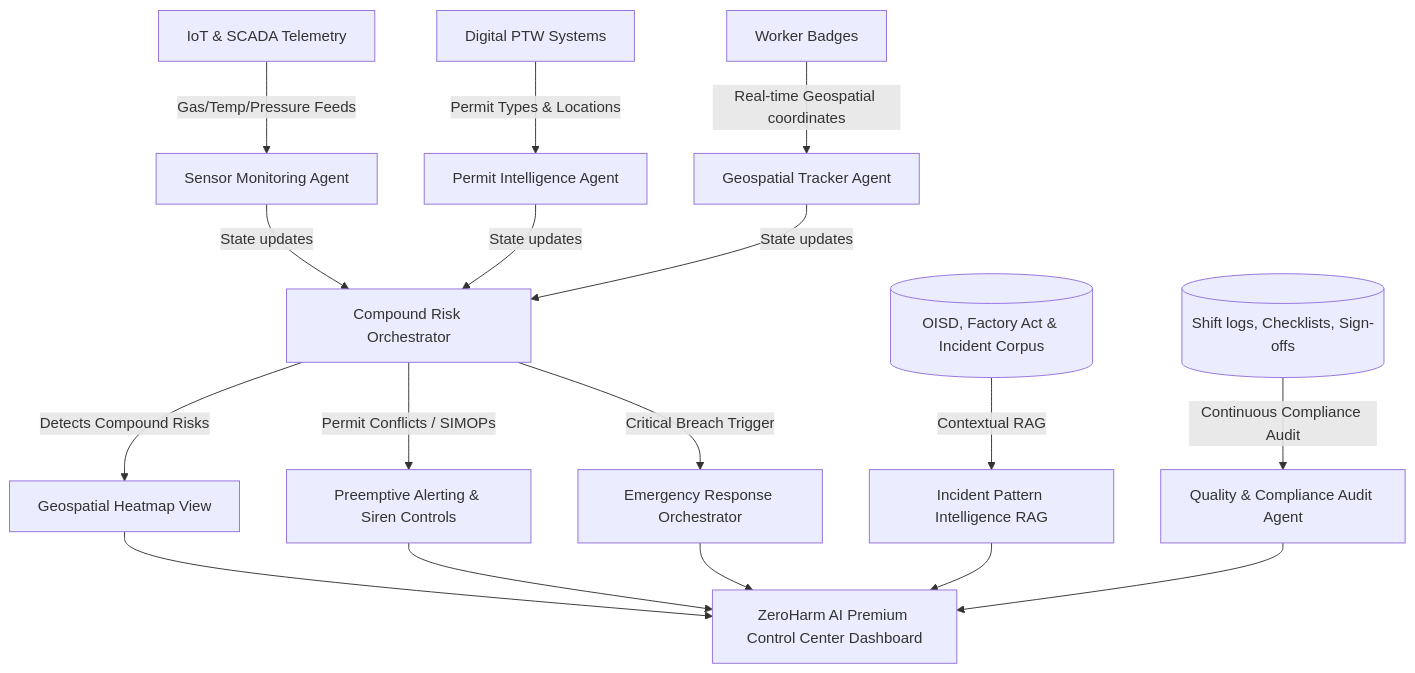
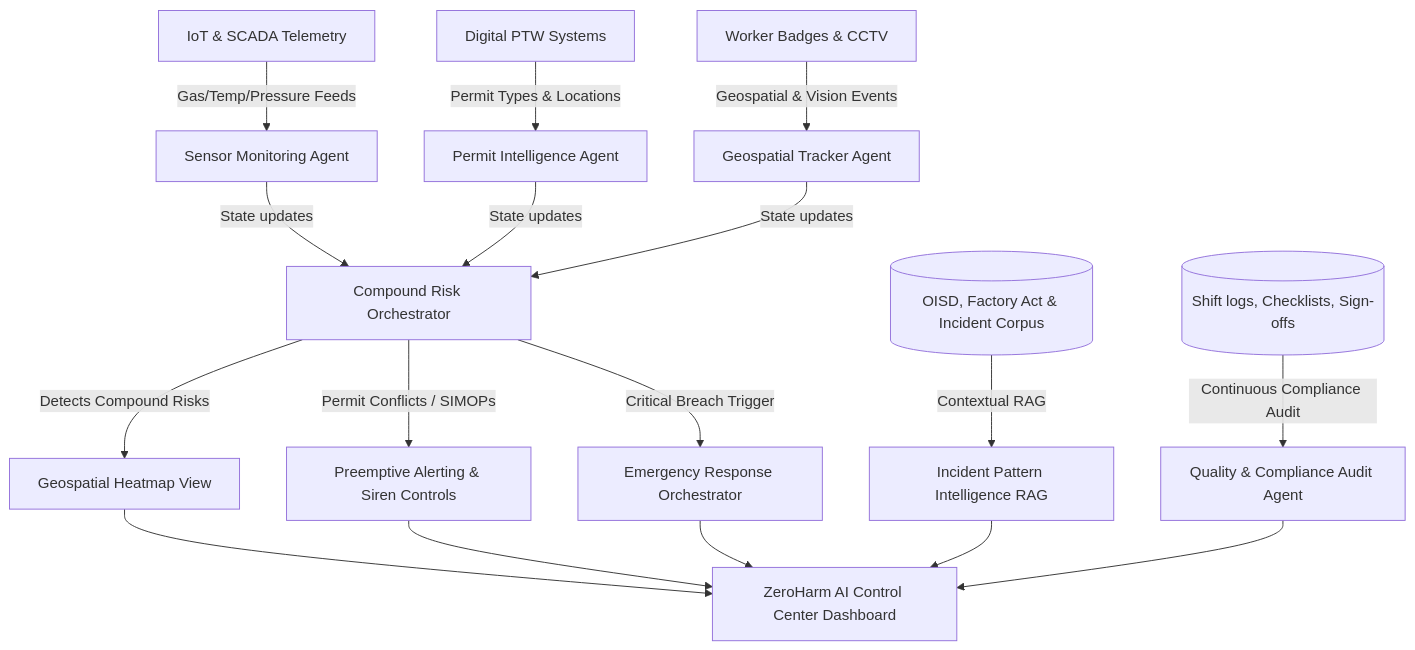
Before and after one commit to AnishaPaturi/ZeroHarm-AI: the diagram in README.md, drawn with Mermaid. The commit also changed other lines of this file, not shown here.

````diff
--- a/README.md
+++ b/README.md
@@ -34,28 +35,28 @@
 ```mermaid
 graph TD
     %% Inputs
     SubGraph1[IoT & SCADA Telemetry] --> |Gas/Temp/Pressure Feeds| SensorAgent[Sensor Monitoring Agent]
     SubGraph2[Digital PTW Systems] --> |Permit Types & Locations| PermitAgent[Permit Intelligence Agent]
-    SubGraph3[Worker Badges] --> |Real-time Geospatial coordinates| GeoAgent[Geospatial Tracker Agent]
+    SubGraph3[Worker Badges & CCTV] --> |Geospatial & Vision Events| GeoAgent[Geospatial Tracker Agent]
     
     %% Agents & Intelligence Layer
     SensorAgent --> |State updates| CentralOrchestrator[Compound Risk Orchestrator]
     PermitAgent --> |State updates| CentralOrchestrator
     GeoAgent --> |State updates| CentralOrchestrator
 
     %% Decision Engine
     CentralOrchestrator --> |Detects Compound Risks| Heatmap[Geospatial Heatmap View]
     CentralOrchestrator --> |Permit Conflicts / SIMOPs| AlertSystem[Preemptive Alerting & Siren Controls]
     CentralOrchestrator --> |Critical Breach Trigger| EmergencyOrchestrator[Emergency Response Orchestrator]
 
     %% Knowledge Bases & Auditing
     RegulatoryDB[(OISD, Factory Act & Incident Corpus)] --> |Contextual RAG| ChatAgent[Incident Pattern Intelligence RAG]
     ComplianceDB[(Shift logs, Checklists, Sign-offs)] --> |Continuous Compliance Audit| AuditAgent[Quality & Compliance Audit Agent]
 
     %% Output UI
-    Heatmap --> UI[ZeroHarm AI Premium Control Center Dashboard]
+    Heatmap --> UI[ZeroHarm AI Control Center Dashboard]
     AlertSystem --> UI
     EmergencyOrchestrator --> UI
     ChatAgent --> UI
     AuditAgent --> UI
 ```
````
